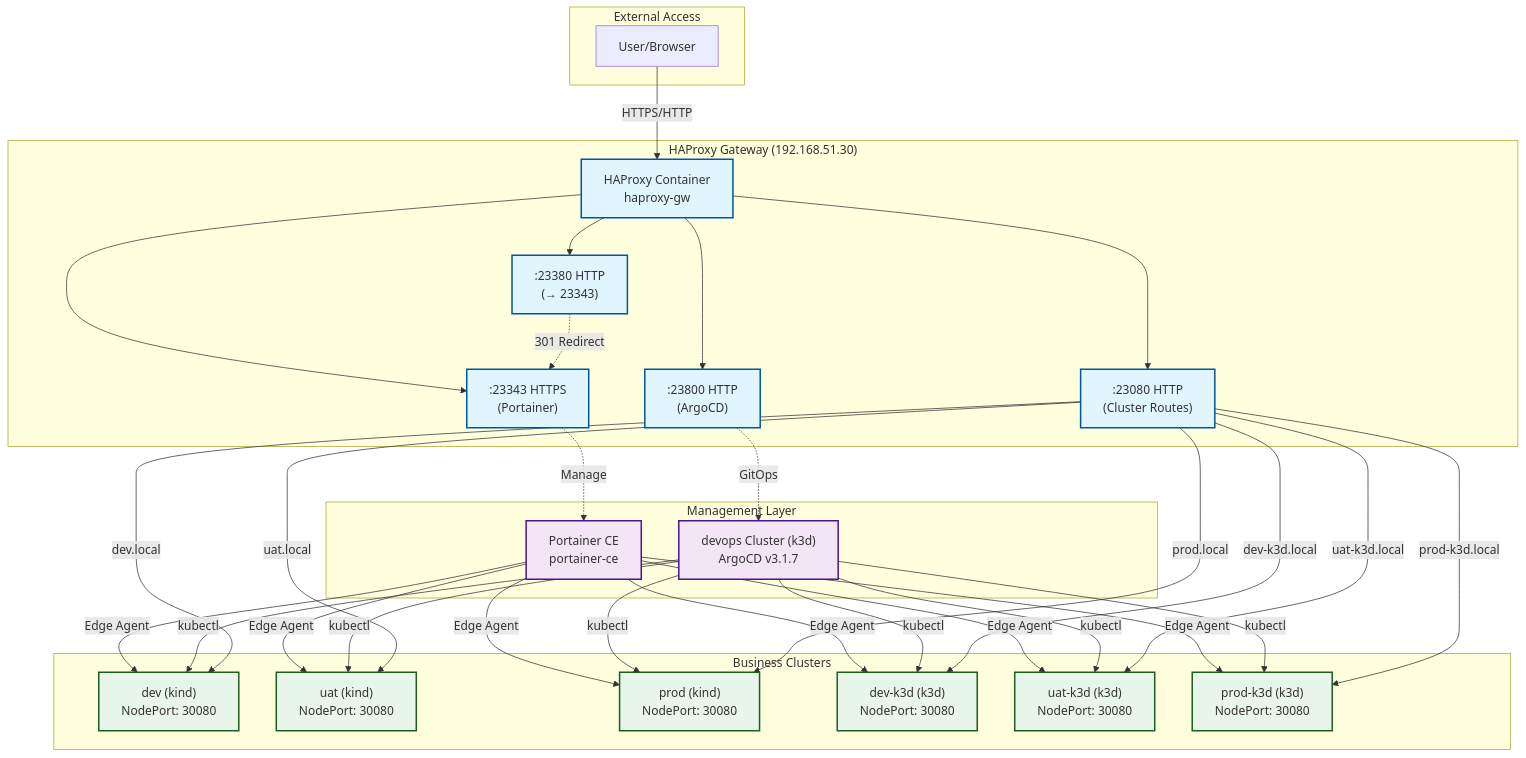
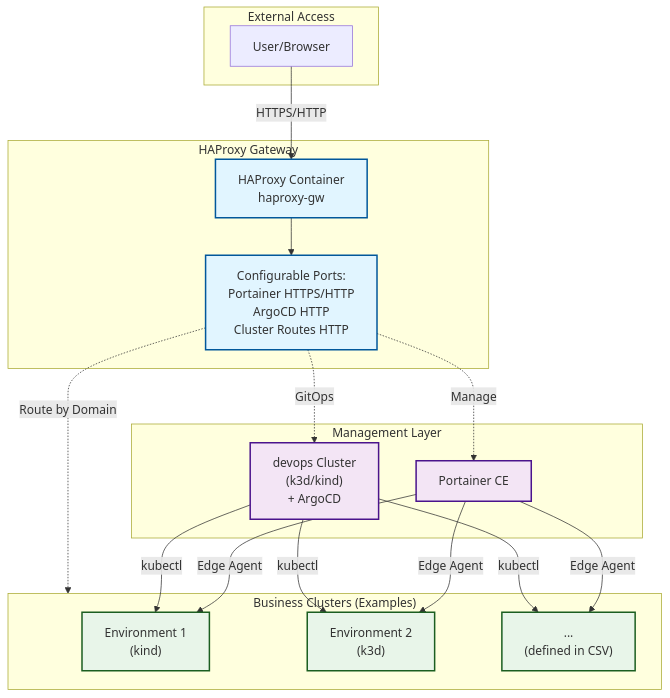
The first of 2 diagrams in README.md (HofmannHe/Kindler), drawn with Mermaid before and after one commit. The commit also changed other lines of this file and 1 other file, not shown here.

First line of the commit message:
docs: 优化架构图和配置说明的可配置性描述

````diff
--- a/README.md
+++ b/README.md
@@ -21,67 +23,44 @@
 ```mermaid
 graph TB
     subgraph External["External Access"]
         USER[User/Browser]
     end
 
-    subgraph Gateway["HAProxy Gateway (192.168.51.30)"]
+    subgraph Gateway["HAProxy Gateway"]
         HAP[HAProxy Container<br/>haproxy-gw]
-        P23343[":23343 HTTPS<br/>(Portainer)"]
-        P23380[":23380 HTTP<br/>(→ 23343)"]
-        P23800[":23800 HTTP<br/>(ArgoCD)"]
-        P23080[":23080 HTTP<br/>(Cluster Routes)"]
+        PORTS["Configurable Ports:<br/>Portainer HTTPS/HTTP<br/>ArgoCD HTTP<br/>Cluster Routes HTTP"]
     end
 
     subgraph Management["Management Layer"]
-        PORT[Portainer CE<br/>portainer-ce]
-        DEVOPS["devops Cluster (k3d)<br/>ArgoCD v3.1.7"]
+        PORT[Portainer CE]
+        DEVOPS["devops Cluster<br/>(k3d/kind)<br/>+ ArgoCD"]
     end
 
-    subgraph Business["Business Clusters"]
-        DEV["dev (kind)<br/>NodePort: 30080"]
-        UAT["uat (kind)<br/>NodePort: 30080"]
-        PROD["prod (kind)<br/>NodePort: 30080"]
-        DEVK3D["dev-k3d (k3d)<br/>NodePort: 30080"]
-        UATK3D["uat-k3d (k3d)<br/>NodePort: 30080"]
-        PRODK3D["prod-k3d (k3d)<br/>NodePort: 30080"]
+    subgraph Business["Business Clusters (Examples)"]
+        ENV1["Environment 1<br/>(kind)"]
+        ENV2["Environment 2<br/>(k3d)"]
+        ENVN["...<br/>(defined in CSV)"]
     end
 
     USER -->|HTTPS/HTTP| HAP
-    HAP --> P23343
-    HAP --> P23380
-    HAP --> P23800
-    HAP --> P23080
+    HAP --> PORTS
+    PORTS -.->|Manage| PORT
+    PORTS -.->|GitOps| DEVOPS
+    PORTS -.->|Route by Domain| Business
 
-    P23343 -.->|Manage| PORT
-    P23380 -.->|301 Redirect| P23343
-    P23800 -.->|GitOps| DEVOPS
+    PORT -->|Edge Agent| ENV1
+    PORT -->|Edge Agent| ENV2
+    PORT -->|Edge Agent| ENVN
 
-    PORT -->|Edge Agent| DEV
-    PORT -->|Edge Agent| UAT
-    PORT -->|Edge Agent| PROD
-    PORT -->|Edge Agent| DEVK3D
-    PORT -->|Edge Agent| UATK3D
-    PORT -->|Edge Agent| PRODK3D
-
-    DEVOPS -->|kubectl| DEV
-    DEVOPS -->|kubectl| UAT
-    DEVOPS -->|kubectl| PROD
-    DEVOPS -->|kubectl| DEVK3D
-    DEVOPS -->|kubectl| UATK3D
-    DEVOPS -->|kubectl| PRODK3D
-
-    P23080 -->|dev.local| DEV
-    P23080 -->|uat.local| UAT
-    P23080 -->|prod.local| PROD
-    P23080 -->|dev-k3d.local| DEVK3D
-    P23080 -->|uat-k3d.local| UATK3D
-    P23080 -->|prod-k3d.local| PRODK3D
+    DEVOPS -->|kubectl| ENV1
+    DEVOPS -->|kubectl| ENV2
+    DEVOPS -->|kubectl| ENVN
 
     classDef gateway fill:#e1f5ff,stroke:#01579b,stroke-width:2px
     classDef management fill:#f3e5f5,stroke:#4a148c,stroke-width:2px
     classDef business fill:#e8f5e9,stroke:#1b5e20,stroke-width:2px
 
-    class HAP,P23343,P23380,P23800,P23080 gateway
+    class HAP,PORTS gateway
     class PORT,DEVOPS management
-    class DEV,UAT,PROD,DEVK3D,UATK3D,PRODK3D business
+    class ENV1,ENV2,ENVN business
 ```
````
